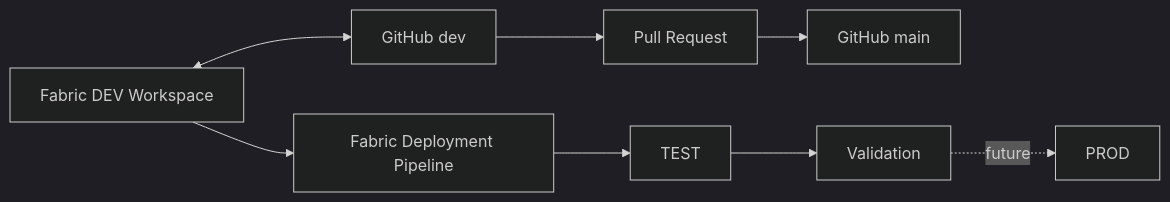
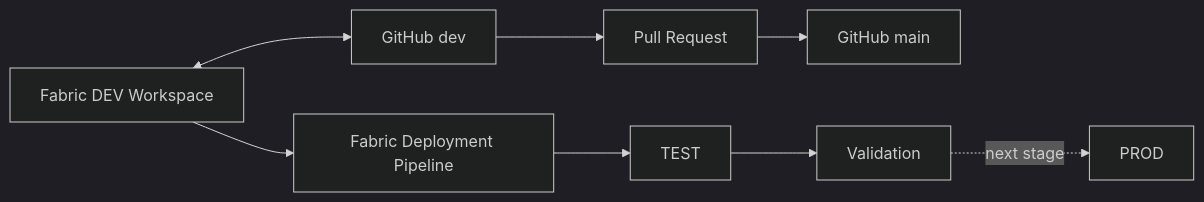
Before and after one commit to RyanPadma/procurement-intelligence-platform: the diagram in docs/cicd/CI-CD.md, drawn with Mermaid (dark theme). The commit also changed other lines of this file, not shown here.

````diff
--- a/docs/cicd/CI-CD.md
+++ b/docs/cicd/CI-CD.md
@@ -11,11 +11,11 @@
 ```mermaid
 flowchart LR
     A[Fabric DEV Workspace] <--> B[GitHub dev]
     B --> C[Pull Request]
     C --> D[GitHub main]
 
     A --> E[Fabric Deployment Pipeline]
     E --> F[TEST]
     F --> G[Validation]
-    G -. future .-> H[PROD]
+    G -. next stage .-> H[PROD]
 ```
````
